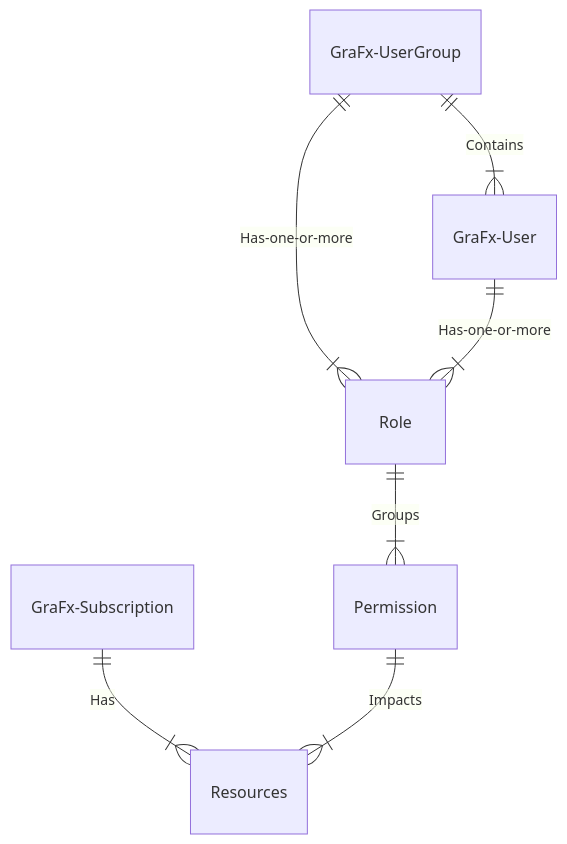
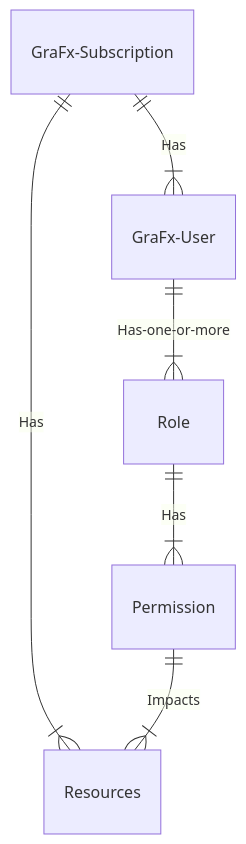
Before and after one commit to chili-publish/grafx-documentation: the diagram in docs/CHILI_GraFx/user_management_intro.md, drawn with Mermaid. The commit also changed other lines of this file and 1 other file, not shown here.

Commit message:
removing groups and organisation admin for now

````diff
--- a/docs/CHILI_GraFx/user_management_intro.md
+++ b/docs/CHILI_GraFx/user_management_intro.md
@@ -9,9 +9,8 @@
 ``` mermaid
 erDiagram
   GraFx-Subscription ||--|{ Resources : Has
+  GraFx-Subscription ||--|{ GraFx-User : Has
   Permission ||--|{ Resources : Impacts
-  Role ||--|{ Permission : Groups
-  GraFx-UserGroup ||--|{ Role : Has-one-or-more
+  Role ||--|{ Permission : Has
   GraFx-User ||--|{ Role : Has-one-or-more
-  GraFx-UserGroup ||--|{ GraFx-User : Contains
 ```
````
